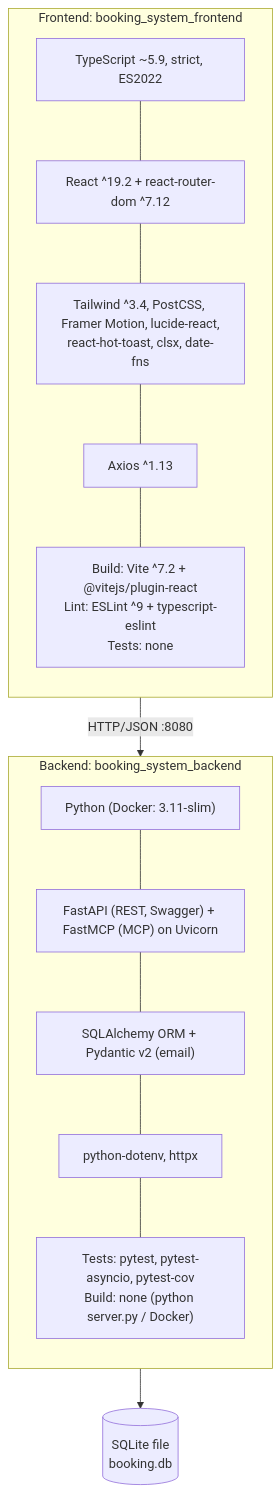
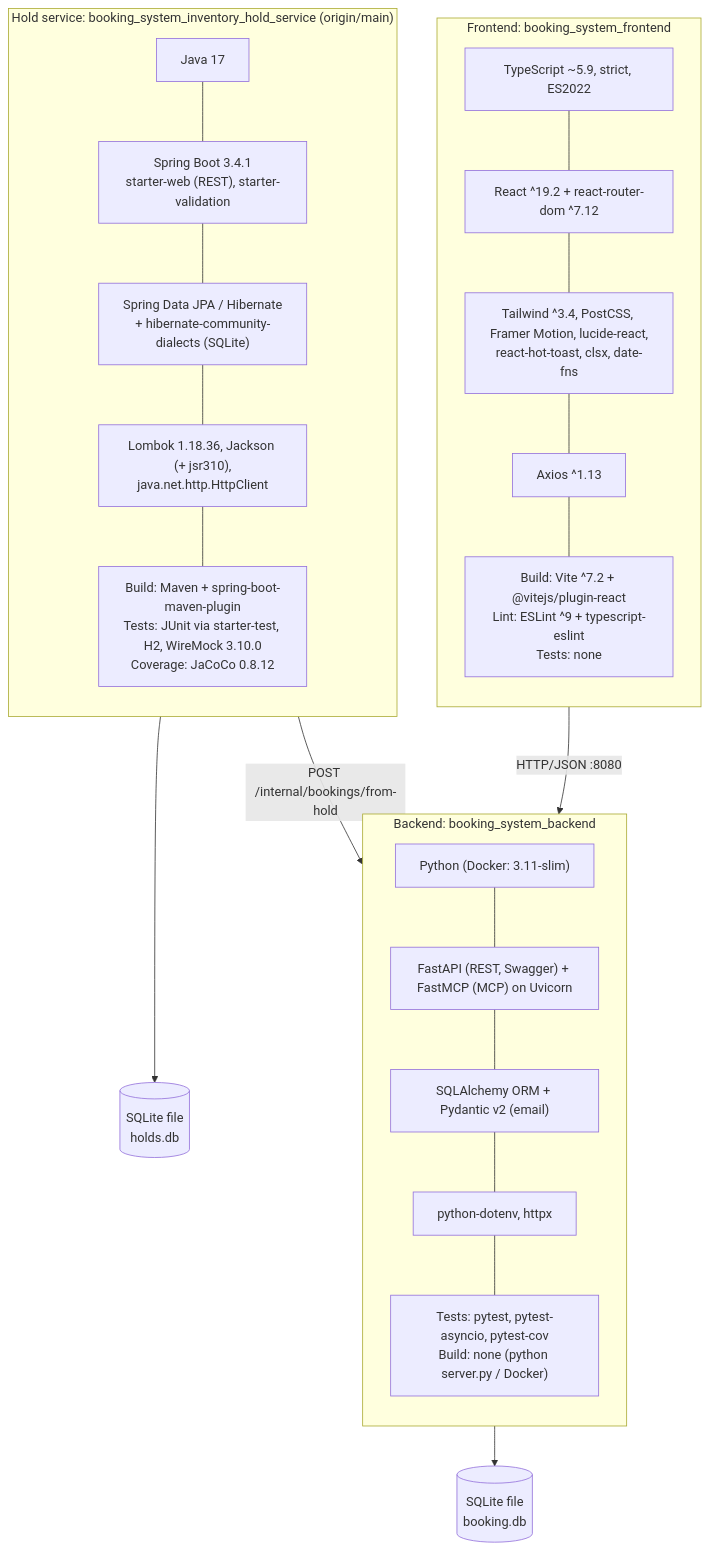
The second of 5 diagrams in docs/ONBOARDING.md (jacobakhiljohn/galaxium-travels), drawn with Mermaid before and after one commit. The commit also changed other lines of this file, not shown here.

Commit message:
docs: add hold service and three deployment targets to onboarding guide

````diff
--- a/docs/ONBOARDING.md
+++ b/docs/ONBOARDING.md
@@ -116,24 +118,36 @@
 ```mermaid
 flowchart TB
     subgraph FE["Frontend: booking_system_frontend"]
         direction TB
         FE1["TypeScript ~5.9, strict, ES2022"]
         FE2["React ^19.2 + react-router-dom ^7.12"]
         FE3["Tailwind ^3.4, PostCSS, Framer Motion, lucide-react,<br/>react-hot-toast, clsx, date-fns"]
         FE4["Axios ^1.13"]
         FE5["Build: Vite ^7.2 + @vitejs/plugin-react<br/>Lint: ESLint ^9 + typescript-eslint<br/>Tests: none"]
         FE1 --- FE2 --- FE3 --- FE4 --- FE5
     end
     subgraph BE["Backend: booking_system_backend"]
         direction TB
         BE1["Python (Docker: 3.11-slim)"]
         BE2["FastAPI (REST, Swagger) + FastMCP (MCP) on Uvicorn"]
         BE3["SQLAlchemy ORM + Pydantic v2 (email)"]
         BE4["python-dotenv, httpx"]
         BE5["Tests: pytest, pytest-asyncio, pytest-cov<br/>Build: none (python server.py / Docker)"]
         BE1 --- BE2 --- BE3 --- BE4 --- BE5
     end
+    subgraph HS["Hold service: booking_system_inventory_hold_service (origin/main)"]
+        direction TB
+        HS1["Java 17"]
+        HS2["Spring Boot 3.4.1<br/>starter-web (REST), starter-validation"]
+        HS3["Spring Data JPA / Hibernate<br/>+ hibernate-community-dialects (SQLite)"]
+        HS4["Lombok 1.18.36, Jackson (+ jsr310),<br/>java.net.http.HttpClient"]
+        HS5["Build: Maven + spring-boot-maven-plugin<br/>Tests: JUnit via starter-test, H2, WireMock 3.10.0<br/>Coverage: JaCoCo 0.8.12"]
+        HS1 --- HS2 --- HS3 --- HS4 --- HS5
+    end
     DB[("SQLite file<br/>booking.db")]
+    HDB[("SQLite file<br/>holds.db")]
     FE4 -- "HTTP/JSON :8080" --> BE2
     BE3 --> DB
+    HS4 -- "POST /internal/bookings/from-hold" --> BE2
+    HS3 --> HDB
 ```
````
